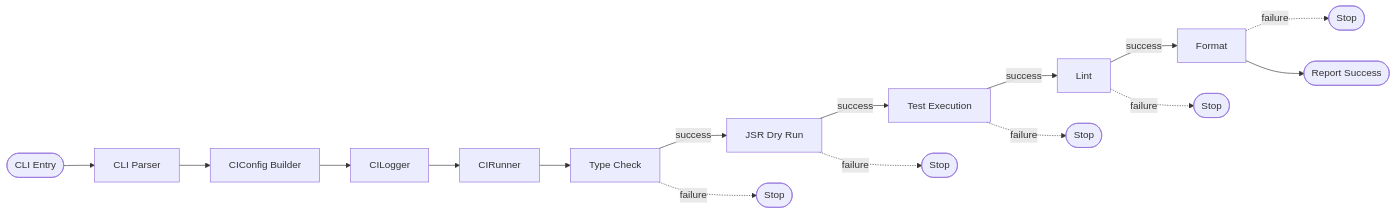
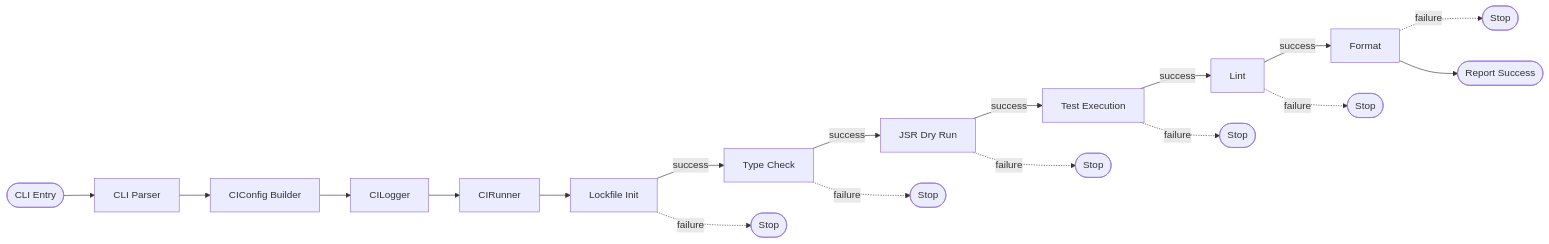
Before and after one commit to tettuan/deno-local-ci: the first of 3 diagrams in docs/architecture/system.md, drawn with Mermaid. The commit also changed other lines of this file and 21 other files, not shown here.

````diff
--- a/docs/architecture/system.md
+++ b/docs/architecture/system.md
@@ -6,18 +6,20 @@
 ```mermaid
 flowchart LR
     Start([CLI Entry]) --> Parse[CLI Parser]
     Parse --> Config[CIConfig Builder]
     Config --> Logger[CILogger]
     Logger --> Runner[CIRunner]
-    Runner --> Stage1[Type Check]
+    Runner --> Stage0[Lockfile Init]
+    Stage0 -->|success| Stage1[Type Check]
     Stage1 -->|success| Stage2[JSR Dry Run]
     Stage2 -->|success| Stage3[Test Execution]
     Stage3 -->|success| Stage4[Lint]
     Stage4 -->|success| Stage5[Format]
+    Stage0 -.failure .-> Halt0([Stop])
     Stage1 -.failure .-> Halt1([Stop])
     Stage2 -.failure .-> Halt2([Stop])
     Stage3 -.failure .-> Halt3([Stop])
     Stage4 -.failure .-> Halt4([Stop])
     Stage5 -.failure .-> Halt5([Stop])
     Stage5 --> Complete([Report Success])
 ```
````
